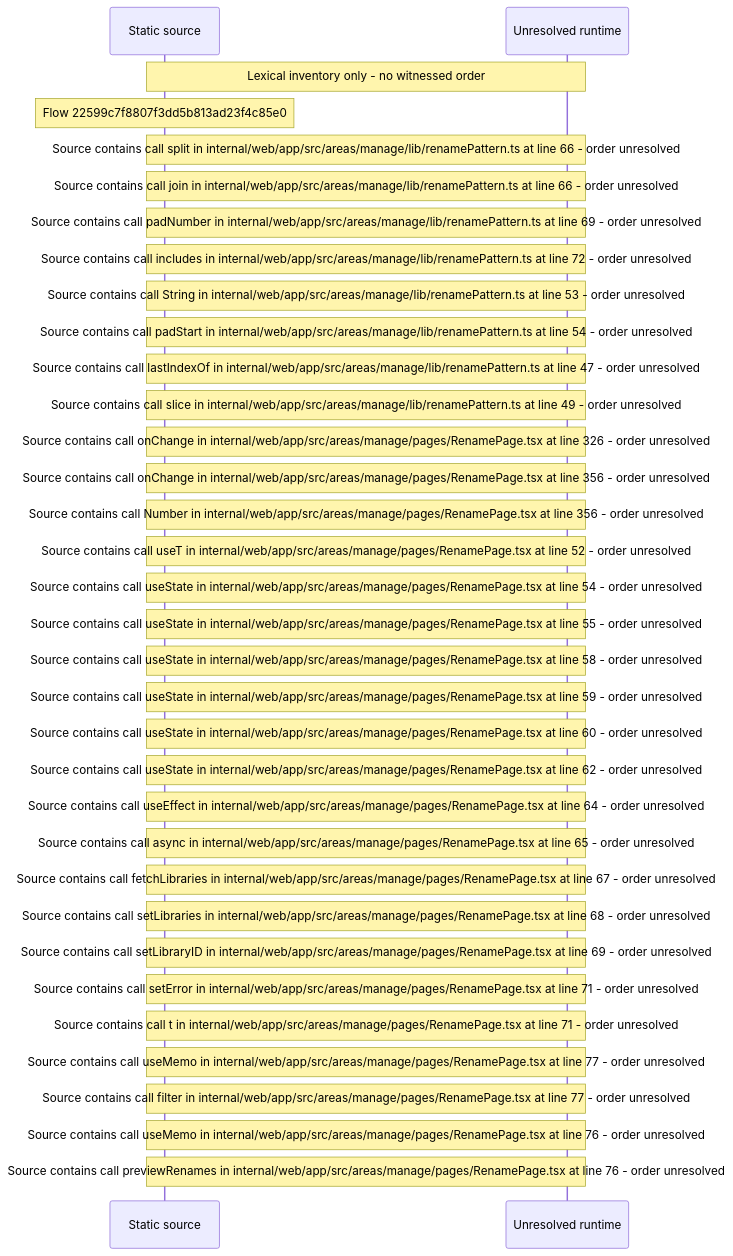
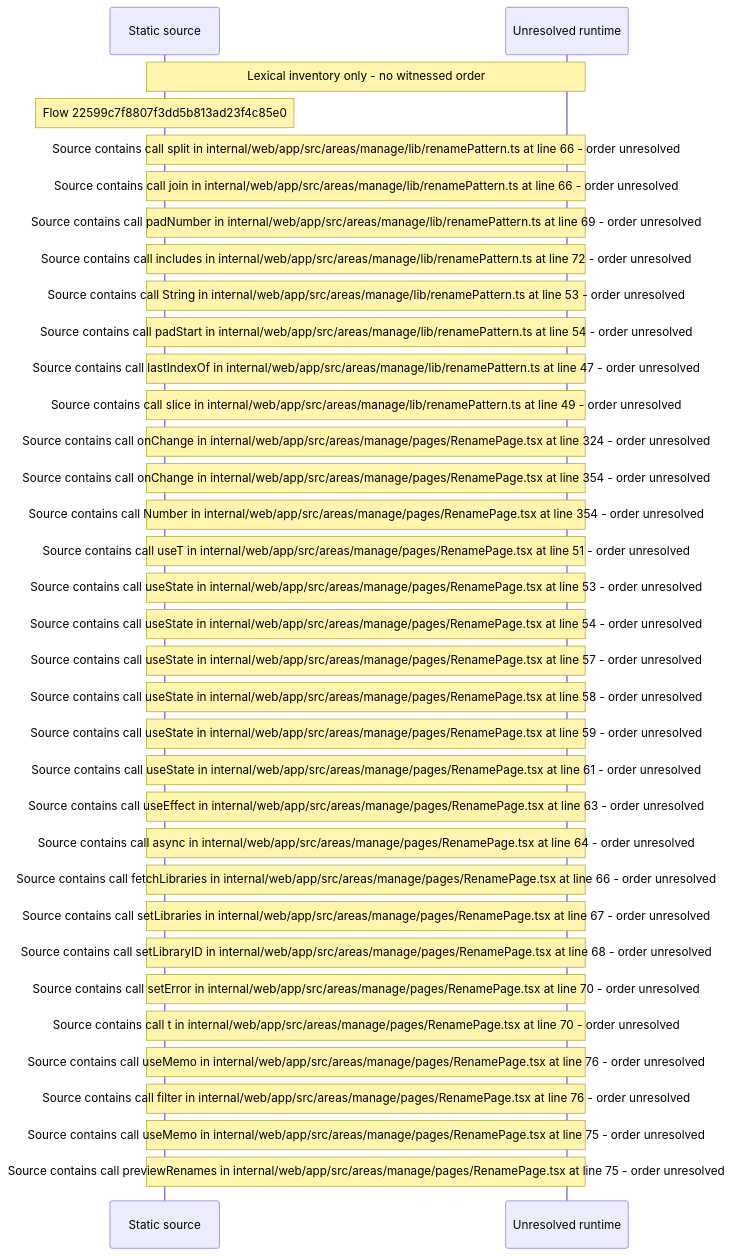
One commit to beamfall/core changed the diagram in docs/web/flows/generated/22599c7f8807f3dd5b813ad23f4c85e0/flow-diagram.md. Above: the diagram before and after it, drawn with Mermaid. The commit also changed other lines of this file and 715 other files, not shown here.

First line of the commit message:
Regenerate the web flow record on main after CORE-1117

````diff
--- a/docs/web/flows/generated/22599c7f8807f3dd5b813ad23f4c85e0/flow-diagram.md
+++ b/docs/web/flows/generated/22599c7f8807f3dd5b813ad23f4c85e0/flow-diagram.md
@@ -10,36 +10,36 @@
 ```mermaid
 sequenceDiagram
     participant S as Static source
     participant U as Unresolved runtime
     Note over S,U: Lexical inventory only - no witnessed order
     Note over S: Flow 22599c7f8807f3dd5b813ad23f4c85e0
     Note over S,U: Source contains call split in internal/web/app/src/areas/manage/lib/renamePattern.ts at line 66 - order unresolved
     Note over S,U: Source contains call join in internal/web/app/src/areas/manage/lib/renamePattern.ts at line 66 - order unresolved
     Note over S,U: Source contains call padNumber in internal/web/app/src/areas/manage/lib/renamePattern.ts at line 69 - order unresolved
     Note over S,U: Source contains call includes in internal/web/app/src/areas/manage/lib/renamePattern.ts at line 72 - order unresolved
     Note over S,U: Source contains call String in internal/web/app/src/areas/manage/lib/renamePattern.ts at line 53 - order unresolved
     Note over S,U: Source contains call padStart in internal/web/app/src/areas/manage/lib/renamePattern.ts at line 54 - order unresolved
     Note over S,U: Source contains call lastIndexOf in internal/web/app/src/areas/manage/lib/renamePattern.ts at line 47 - order unresolved
     Note over S,U: Source contains call slice in internal/web/app/src/areas/manage/lib/renamePattern.ts at line 49 - order unresolved
-    Note over S,U: Source contains call onChange in internal/web/app/src/areas/manage/pages/RenamePage.tsx at line 326 - order unresolved
-    Note over S,U: Source contains call onChange in internal/web/app/src/areas/manage/pages/RenamePage.tsx at line 356 - order unresolved
-    Note over S,U: Source contains call Number in internal/web/app/src/areas/manage/pages/RenamePage.tsx at line 356 - order unresolved
-    Note over S,U: Source contains call useT in internal/web/app/src/areas/manage/pages/RenamePage.tsx at line 52 - order unresolved
+    Note over S,U: Source contains call onChange in internal/web/app/src/areas/manage/pages/RenamePage.tsx at line 324 - order unresolved
+    Note over S,U: Source contains call onChange in internal/web/app/src/areas/manage/pages/RenamePage.tsx at line 354 - order unresolved
+    Note over S,U: Source contains call Number in internal/web/app/src/areas/manage/pages/RenamePage.tsx at line 354 - order unresolved
+    Note over S,U: Source contains call useT in internal/web/app/src/areas/manage/pages/RenamePage.tsx at line 51 - order unresolved
+    Note over S,U: Source contains call useState in internal/web/app/src/areas/manage/pages/RenamePage.tsx at line 53 - order unresolved
     Note over S,U: Source contains call useState in internal/web/app/src/areas/manage/pages/RenamePage.tsx at line 54 - order unresolved
-    Note over S,U: Source contains call useState in internal/web/app/src/areas/manage/pages/RenamePage.tsx at line 55 - order unresolved
+    Note over S,U: Source contains call useState in internal/web/app/src/areas/manage/pages/RenamePage.tsx at line 57 - order unresolved
     Note over S,U: Source contains call useState in internal/web/app/src/areas/manage/pages/RenamePage.tsx at line 58 - order unresolved
     Note over S,U: Source contains call useState in internal/web/app/src/areas/manage/pages/RenamePage.tsx at line 59 - order unresolved
-    Note over S,U: Source contains call useState in internal/web/app/src/areas/manage/pages/RenamePage.tsx at line 60 - order unresolved
-    Note over S,U: Source contains call useState in internal/web/app/src/areas/manage/pages/RenamePage.tsx at line 62 - order unresolved
-    Note over S,U: Source contains call useEffect in internal/web/app/src/areas/manage/pages/RenamePage.tsx at line 64 - order unresolved
-    Note over S,U: Source contains call async in internal/web/app/src/areas/manage/pages/RenamePage.tsx at line 65 - order unresolved
-    Note over S,U: Source contains call fetchLibraries in internal/web/app/src/areas/manage/pages/RenamePage.tsx at line 67 - order unresolved
-    Note over S,U: Source contains call setLibraries in internal/web/app/src/areas/manage/pages/RenamePage.tsx at line 68 - order unresolved
-    Note over S,U: Source contains call setLibraryID in internal/web/app/src/areas/manage/pages/RenamePage.tsx at line 69 - order unresolved
-    Note over S,U: Source contains call setError in internal/web/app/src/areas/manage/pages/RenamePage.tsx at line 71 - order unresolved
-    Note over S,U: Source contains call t in internal/web/app/src/areas/manage/pages/RenamePage.tsx at line 71 - order unresolved
-    Note over S,U: Source contains call useMemo in internal/web/app/src/areas/manage/pages/RenamePage.tsx at line 77 - order unresolved
-    Note over S,U: Source contains call filter in internal/web/app/src/areas/manage/pages/RenamePage.tsx at line 77 - order unresolved
+    Note over S,U: Source contains call useState in internal/web/app/src/areas/manage/pages/RenamePage.tsx at line 61 - order unresolved
+    Note over S,U: Source contains call useEffect in internal/web/app/src/areas/manage/pages/RenamePage.tsx at line 63 - order unresolved
+    Note over S,U: Source contains call async in internal/web/app/src/areas/manage/pages/RenamePage.tsx at line 64 - order unresolved
+    Note over S,U: Source contains call fetchLibraries in internal/web/app/src/areas/manage/pages/RenamePage.tsx at line 66 - order unresolved
+    Note over S,U: Source contains call setLibraries in internal/web/app/src/areas/manage/pages/RenamePage.tsx at line 67 - order unresolved
+    Note over S,U: Source contains call setLibraryID in internal/web/app/src/areas/manage/pages/RenamePage.tsx at line 68 - order unresolved
+    Note over S,U: Source contains call setError in internal/web/app/src/areas/manage/pages/RenamePage.tsx at line 70 - order unresolved
+    Note over S,U: Source contains call t in internal/web/app/src/areas/manage/pages/RenamePage.tsx at line 70 - order unresolved
     Note over S,U: Source contains call useMemo in internal/web/app/src/areas/manage/pages/RenamePage.tsx at line 76 - order unresolved
-    Note over S,U: Source contains call previewRenames in internal/web/app/src/areas/manage/pages/RenamePage.tsx at line 76 - order unresolved
+    Note over S,U: Source contains call filter in internal/web/app/src/areas/manage/pages/RenamePage.tsx at line 76 - order unresolved
+    Note over S,U: Source contains call useMemo in internal/web/app/src/areas/manage/pages/RenamePage.tsx at line 75 - order unresolved
+    Note over S,U: Source contains call previewRenames in internal/web/app/src/areas/manage/pages/RenamePage.tsx at line 75 - order unresolved
 ```
````
